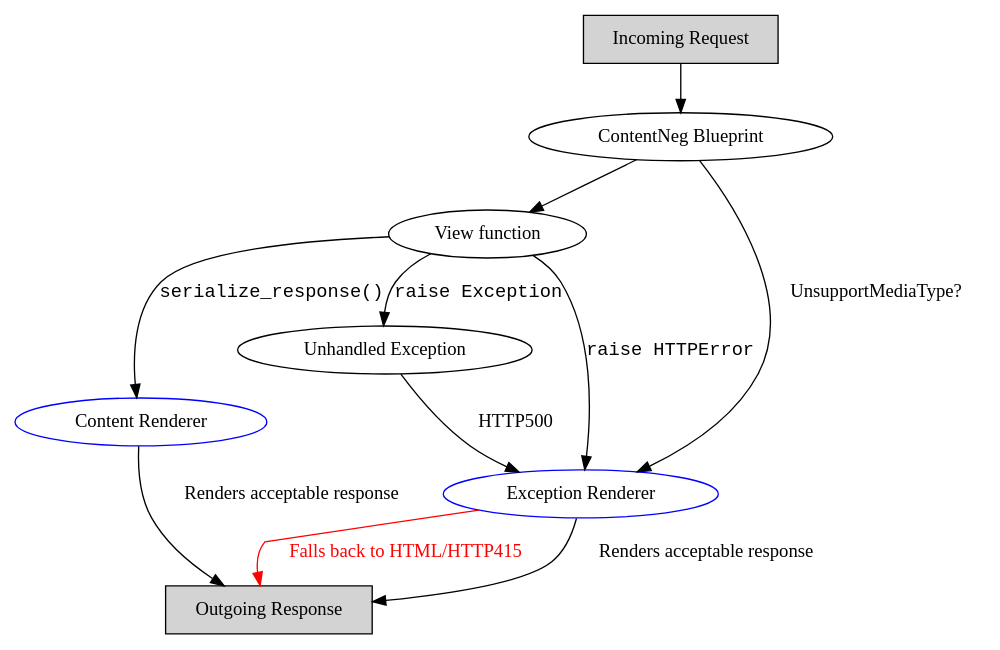
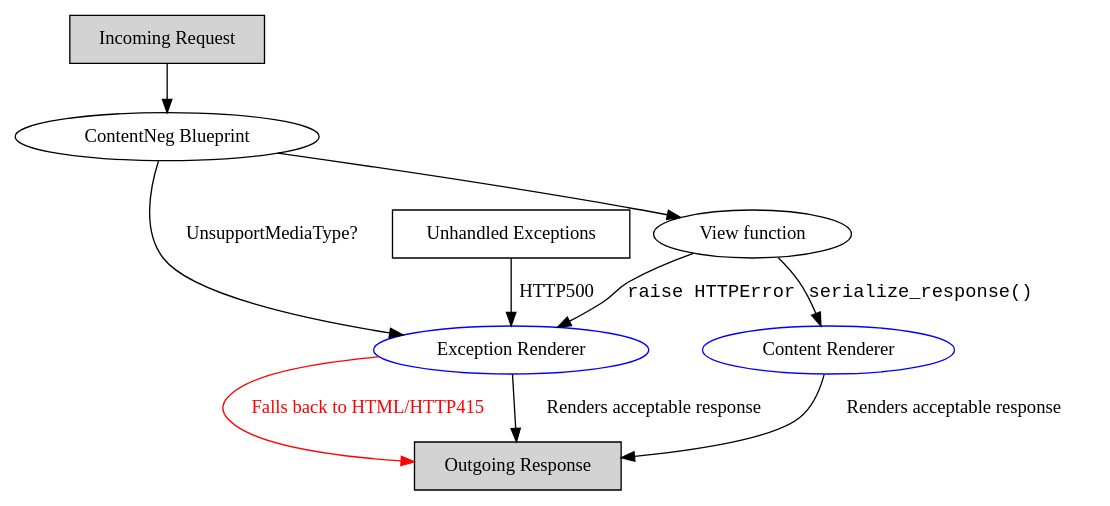
The diagram in docs/content-negotiation.rst (mbr/flask-arrest), drawn with Graphviz before and after one commit.

Commit message:
Unhandled exceptions moved outside of graph.

```diff
--- a/docs/content-negotiation.rst
+++ b/docs/content-negotiation.rst
@@ -62,22 +62,21 @@
 .. digraph:: foo
 
    req [shape=box, style=filled, label="Incoming Request"];
    resp [shape=box, style=filled, label="Outgoing Response"];
    bp [label="ContentNeg Blueprint"]
    exc_ren [label="Exception Renderer", color=blue]
    con_ren [label="Content Renderer", color=blue]
-   exc [label="Unhandled Exception"]
+   exc [label="Unhandled Exceptions", shape=box]
    view [label="View function"]
 
    req -> bp;
    bp -> exc_ren [label="UnsupportMediaType?"]
    bp -> view
    view -> con_ren [label="serialize_response()", fontname="Monospace"]
    view -> exc_ren [label="raise HTTPError", fontname="Monospace"]
-   view -> exc [label="raise Exception", fontname="Monospace"]
 
    exc -> exc_ren [label="HTTP500"]
    exc_ren -> resp [label="Renders acceptable response"]
    exc_ren -> resp [label="Falls back to HTML/HTTP415", color=red,
                     fontcolor=red]
    con_ren -> resp [label="Renders acceptable response"]
```
